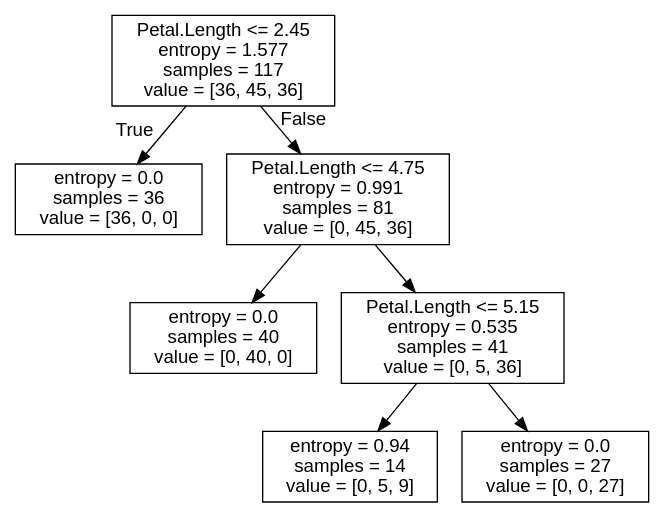
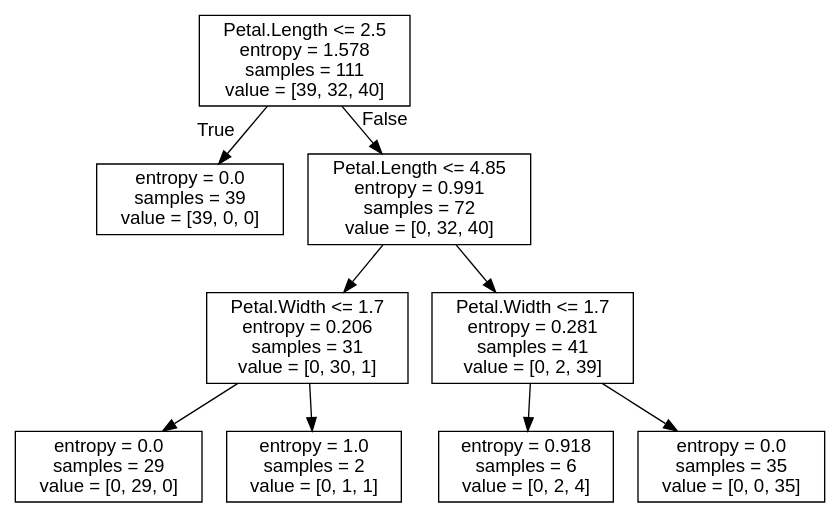
The diagram in notebooks/Part 7 - Arboles y Bosques Aleatorios/resources/iris_dtree.dot (jmudarra23/python-ml-course), drawn with Graphviz before and after one commit. The commit also changed 5 other files, not shown here.

Commit message:
Cambio version graphviz

```diff
--- a/notebooks/Part 7 - Arboles y Bosques Aleatorios/resources/iris_dtree.dot
+++ b/notebooks/Part 7 - Arboles y Bosques Aleatorios/resources/iris_dtree.dot
@@ -1,17 +1,21 @@
 digraph Tree {
 node [shape=box, fontname="helvetica"] ;
 edge [fontname="helvetica"] ;
-0 [label="Petal.Length <= 2.45\nentropy = 1.577\nsamples = 117\nvalue = [36, 45, 36]"] ;
-1 [label="entropy = 0.0\nsamples = 36\nvalue = [36, 0, 0]"] ;
+0 [label="Petal.Length <= 2.5\nentropy = 1.578\nsamples = 111\nvalue = [39, 32, 40]"] ;
+1 [label="entropy = 0.0\nsamples = 39\nvalue = [39, 0, 0]"] ;
 0 -> 1 [labeldistance=2.5, labelangle=45, headlabel="True"] ;
-2 [label="Petal.Length <= 4.75\nentropy = 0.991\nsamples = 81\nvalue = [0, 45, 36]"] ;
+2 [label="Petal.Length <= 4.85\nentropy = 0.991\nsamples = 72\nvalue = [0, 32, 40]"] ;
 0 -> 2 [labeldistance=2.5, labelangle=-45, headlabel="False"] ;
-3 [label="entropy = 0.0\nsamples = 40\nvalue = [0, 40, 0]"] ;
+3 [label="Petal.Width <= 1.7\nentropy = 0.206\nsamples = 31\nvalue = [0, 30, 1]"] ;
 2 -> 3 ;
-4 [label="Petal.Length <= 5.15\nentropy = 0.535\nsamples = 41\nvalue = [0, 5, 36]"] ;
-2 -> 4 ;
-5 [label="entropy = 0.94\nsamples = 14\nvalue = [0, 5, 9]"] ;
-4 -> 5 ;
-6 [label="entropy = 0.0\nsamples = 27\nvalue = [0, 0, 27]"] ;
-4 -> 6 ;
+4 [label="entropy = 0.0\nsamples = 29\nvalue = [0, 29, 0]"] ;
+3 -> 4 ;
+5 [label="entropy = 1.0\nsamples = 2\nvalue = [0, 1, 1]"] ;
+3 -> 5 ;
+6 [label="Petal.Width <= 1.7\nentropy = 0.281\nsamples = 41\nvalue = [0, 2, 39]"] ;
+2 -> 6 ;
+7 [label="entropy = 0.918\nsamples = 6\nvalue = [0, 2, 4]"] ;
+6 -> 7 ;
+8 [label="entropy = 0.0\nsamples = 35\nvalue = [0, 0, 35]"] ;
+6 -> 8 ;
 }
```
